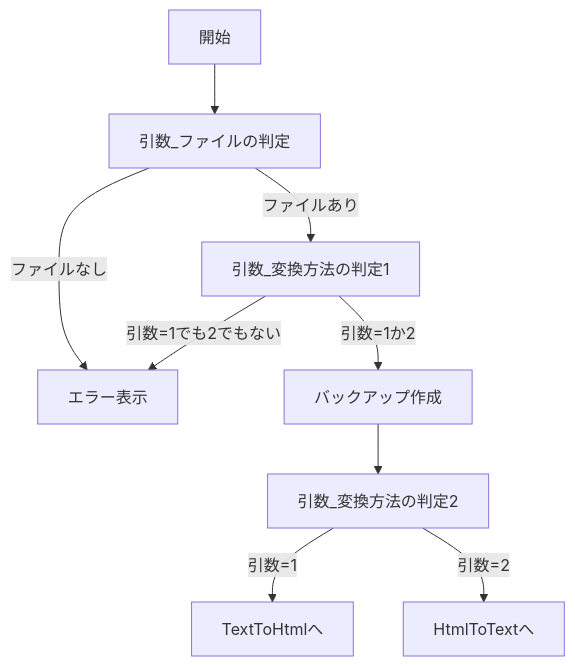
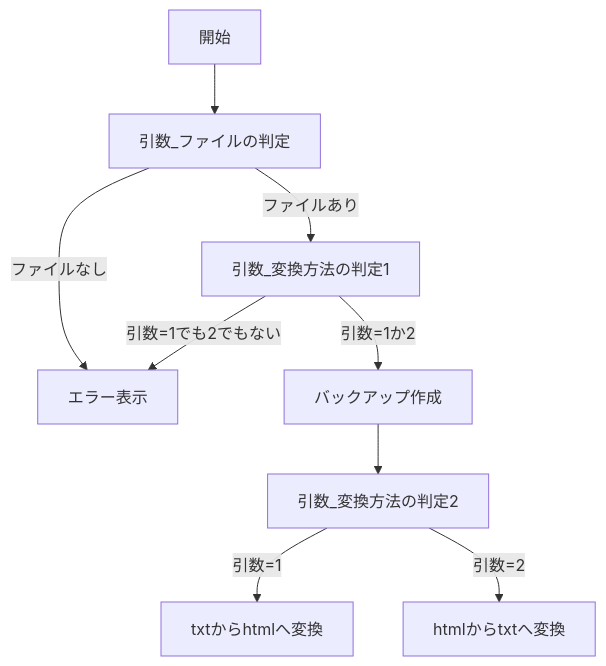
The diagram in README.md (y-mikou/littlebug), drawn with Mermaid before and after one commit. The commit also changed other lines of this file, not shown here.

````diff
--- a/README.md
+++ b/README.md
@@ -117,13 +208,13 @@
 ``` mermaid 
 flowchart TD
 
 開始 --> 引数_ファイルの判定
 引数_ファイルの判定 --ファイルあり--> 引数_変換方法の判定1 
 引数_ファイルの判定 --ファイルなし--> エラー表示
 引数_変換方法の判定1 --引数=1か2--> バックアップ作成
 引数_変換方法の判定1 --引数=1でも2でもない--> エラー表示
 バックアップ作成 --> 引数_変換方法の判定2
-引数_変換方法の判定2 --引数=1--> TextToHtmlへ
-引数_変換方法の判定2 --引数=2--> HtmlToTextへ
+引数_変換方法の判定2 --引数=1--> txtからhtmlへ変換
+引数_変換方法の判定2 --引数=2--> htmlからtxtへ変換
 
 ```
````
